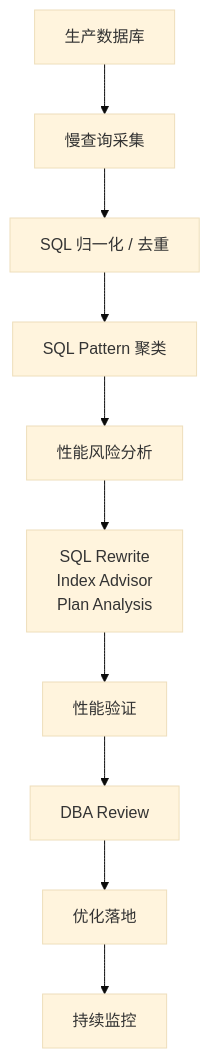
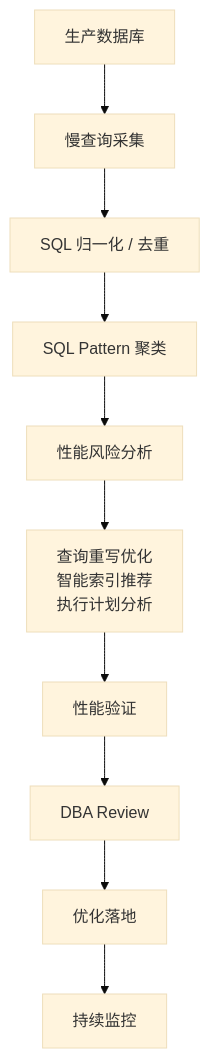
One commit to PawSQL/pawsql-docs-mantlify changed the second of 18 diagrams in docs/use-cases/slow-sql-optimization.mdx. Above: the diagram before and after it, drawn with Mermaid (base theme). The commit also changed other lines of this file and 143 other files, not shown here.

````diff
--- a/docs/use-cases/slow-sql-optimization.mdx
+++ b/docs/use-cases/slow-sql-optimization.mdx
@@ -219,6 +219,6 @@
 ```mermaid
 flowchart TD
     A[生产数据库] --> B[慢查询采集] --> C["SQL 归一化 / 去重"] --> D[SQL Pattern 聚类]
-    D --> E[性能风险分析] --> F["SQL Rewrite<br/>Index Advisor<br/>Plan Analysis"]
+    D --> E[性能风险分析] --> F["查询重写优化<br/>智能索引推荐<br/>执行计划分析"]
     F --> G[性能验证] --> H[DBA Review] --> I[优化落地] --> J[持续监控]
 ```
````
